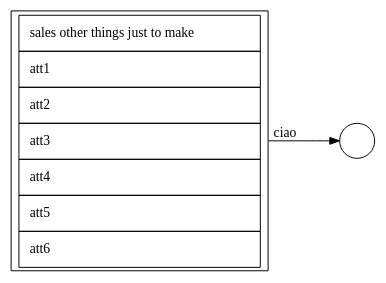
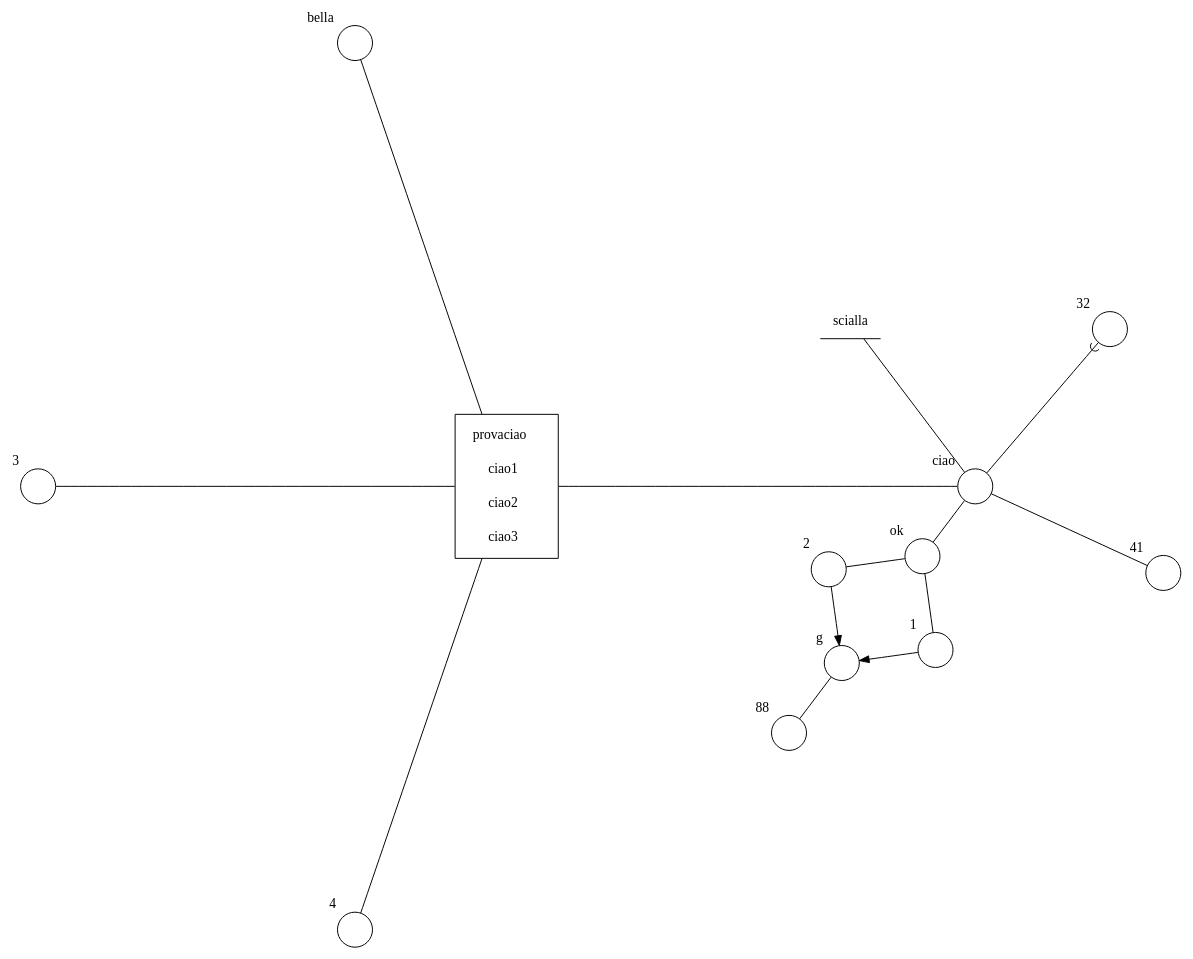
One commit to leonardogonfiantini/bubbly changed the diagram in cmd/gen/dot.dot. Above: the diagram before and after it, drawn with Graphviz. The commit also changed 3 other files, not shown here.

Commit message:
added functions for dfm diagram

```diff
--- a/cmd/gen/dot.dot
+++ b/cmd/gen/dot.dot
@@ -1,7 +1,30 @@
 digraph G {
-	layout=circo;
-	fact->ciao[ label=ciao ];
-	ciao [ label="", width=0.5 ];
-	fact [ label=<<table border="0" cellborder="1" cellspacing="0" cellpadding="10"><tr> <td port="1"> sales other things just to make</td> </tr><tr> <td align="left" port="2"> att1 </td> </tr> <tr> <td align="left" port="3"> att2 </td> </tr> <tr> <td align="left"> att3 </td> </tr> <tr> <td align="left"> att4 </td> </tr> <tr> <td align="left"> att5 </td> </tr> <tr> <td align="left"> att6 </td> </tr>  </table>>, root=true, shape=box ];
+	layout="circo";
+	fact->ciao[ arrowhead=none ];
+	fact->bella[ arrowhead=none ];
+	ciao->ok[ arrowhead=none ];
+	fact->3[ arrowhead=none ];
+	fact->4[ arrowhead=none ];
+	ok->1[ arrowhead=none ];
+	ok->2[ arrowhead=none ];
+	g->88[ arrowhead=none ];
+	ciao->41[ arrowhead=none ];
+	ciao->32[ arrowhead=icurve ];
+	2->g;
+	1->g;
+	ciao->scialla[ arrowhead=none ];
+	1 [ label="", shape=circle, xlabel=1 ];
+	2 [ label="", shape=circle, xlabel=2 ];
+	3 [ label="", shape=circle, xlabel=3 ];
+	32 [ label="", shape=circle, xlabel=32 ];
+	4 [ label="", shape=circle, xlabel=4 ];
+	41 [ label="", shape=circle, xlabel=41 ];
+	88 [ label="", shape=circle, xlabel=88 ];
+	bella [ label="", shape=circle, xlabel=bella ];
+	ciao [ label="", shape=circle, xlabel=ciao ];
+	fact [ label=<<table border="0" cellborder="0" cellspacing="0" cellpadding="10"> <tr> <td>provaciao</td> </tr><tr> <td>ciao1</td> </tr><tr> <td>ciao2</td> </tr><tr> <td>ciao3</td> </tr></table>>, root=true, shape=box ];
+	g [ label="", shape=circle, xlabel=g ];
+	ok [ label="", shape=circle, xlabel=ok ];
+	scialla [ shape=underline ];
 
 }
```
